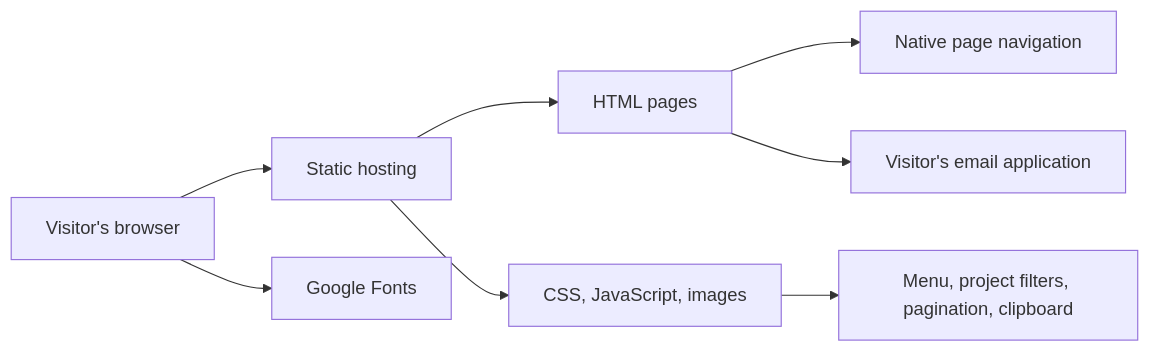
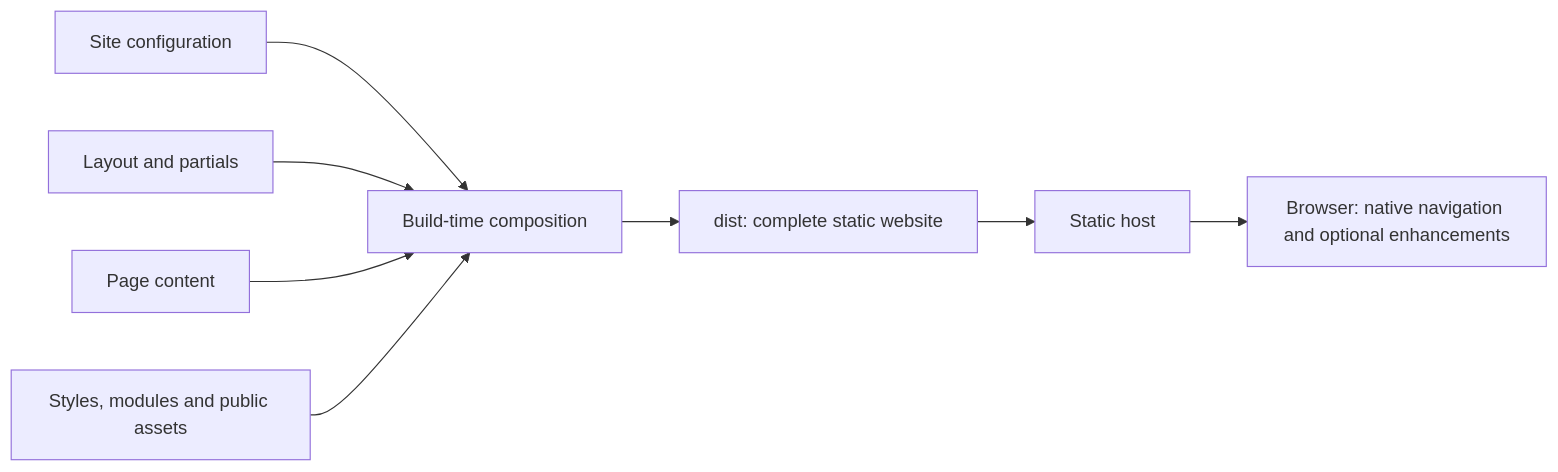
The diagram in README.md (qhykaj-ui/treeops), drawn with Mermaid before and after one commit. The commit also changed other lines of this file and 46 other files, not shown here.

Commit message:
Refactor website into shared templates and feature modules

````diff
--- a/README.md
+++ b/README.md
@@ -78,10 +57,10 @@
 ```mermaid
 flowchart LR
-    Visitor[Visitor's browser] --> Host[Static hosting]
-    Host --> Pages[HTML pages]
-    Host --> Assets[CSS, JavaScript, images]
-    Pages --> Navigation[Native page navigation]
-    Assets --> Enhancements[Menu, project filters, pagination, clipboard]
-    Visitor --> Fonts[Google Fonts]
-    Pages --> Email[Visitor's email application]
+    Data[Site configuration] --> Build[Build-time composition]
+    Layout[Layout and partials] --> Build
+    Content[Page content] --> Build
+    Assets[Styles, modules and public assets] --> Build
+    Build --> Dist[dist: complete static website]
+    Dist --> Host[Static host]
+    Host --> Browser[Browser: native navigation and optional enhancements]
 ```
````
